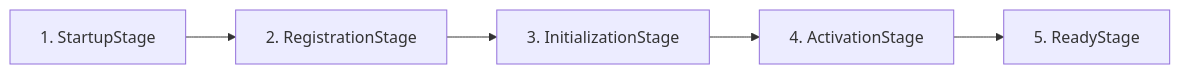
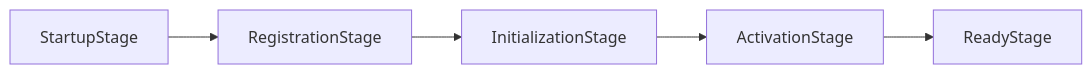
Before and after one commit to aymwoo/OpenLearn-Next-V2: the diagram in docs/architecture/bootstrap-pipeline.md, drawn with Mermaid. The commit also changed other lines of this file and 52 other files, not shown here.

````diff
--- a/docs/architecture/bootstrap-pipeline.md
+++ b/docs/architecture/bootstrap-pipeline.md
@@ -11,7 +26,7 @@
 ```mermaid
 graph LR
-    S1["1. StartupStage"] --> S2["2. RegistrationStage"]
-    S2 --> S3["3. InitializationStage"]
-    S3 --> S4["4. ActivationStage"]
-    S4 --> S5["5. ReadyStage"]
+    S1["StartupStage"] --> S2["RegistrationStage"]
+    S2 --> S3["InitializationStage"]
+    S3 --> S4["ActivationStage"]
+    S4 --> S5["ReadyStage"]
 ```
````
